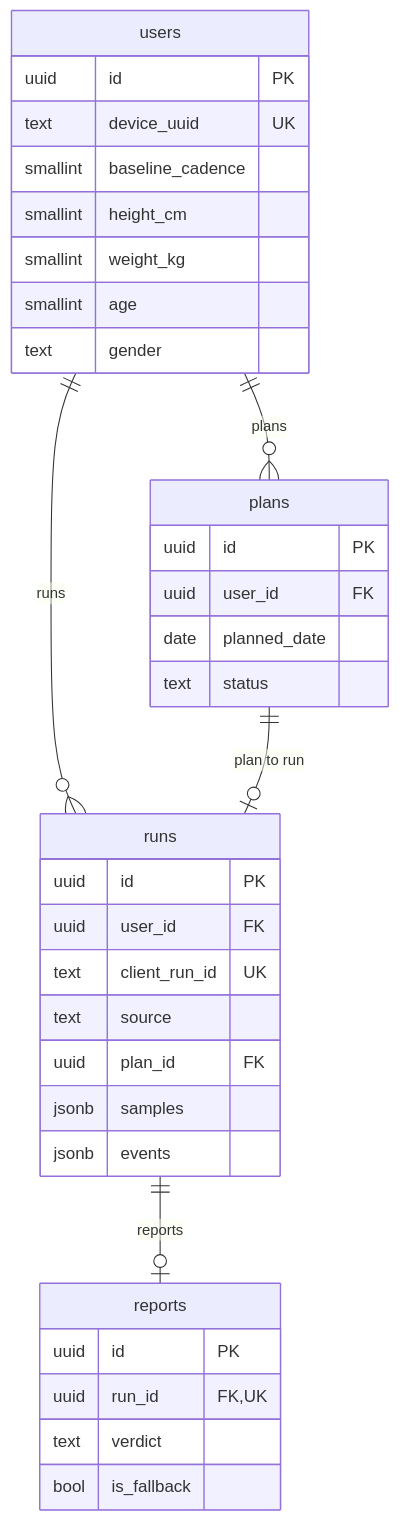
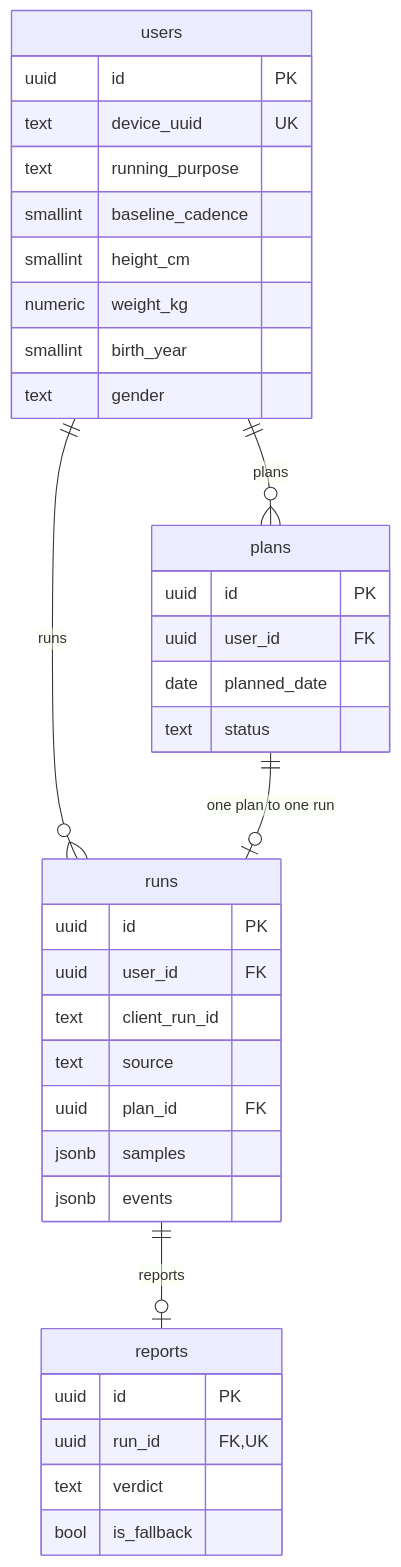
The diagram in docs/ERD.md (Gonu19/Dalli), drawn with Mermaid before and after one commit. The commit also changed other lines of this file and 5 other files, not shown here.

````diff
--- a/docs/ERD.md
+++ b/docs/ERD.md
@@ -7,38 +7,39 @@
 ```mermaid
 erDiagram
     users ||--o{ runs : "runs"
     users ||--o{ plans : "plans"
     runs  ||--o| reports : "reports"
-    plans ||--o| runs : "plan to run"
+    plans ||--o| runs : "one plan to one run"
 
     users {
         uuid id PK
         text device_uuid UK
+        text running_purpose
         smallint baseline_cadence
         smallint height_cm
-        smallint weight_kg
-        smallint age
+        numeric weight_kg
+        smallint birth_year
         text gender
     }
     runs {
         uuid id PK
         uuid user_id FK
-        text client_run_id UK
+        text client_run_id
         text source
         uuid plan_id FK
         jsonb samples
         jsonb events
     }
     reports {
         uuid id PK
         uuid run_id FK,UK
         text verdict
         bool is_fallback
     }
     plans {
         uuid id PK
         uuid user_id FK
         date planned_date
         text status
     }
 ```
````
